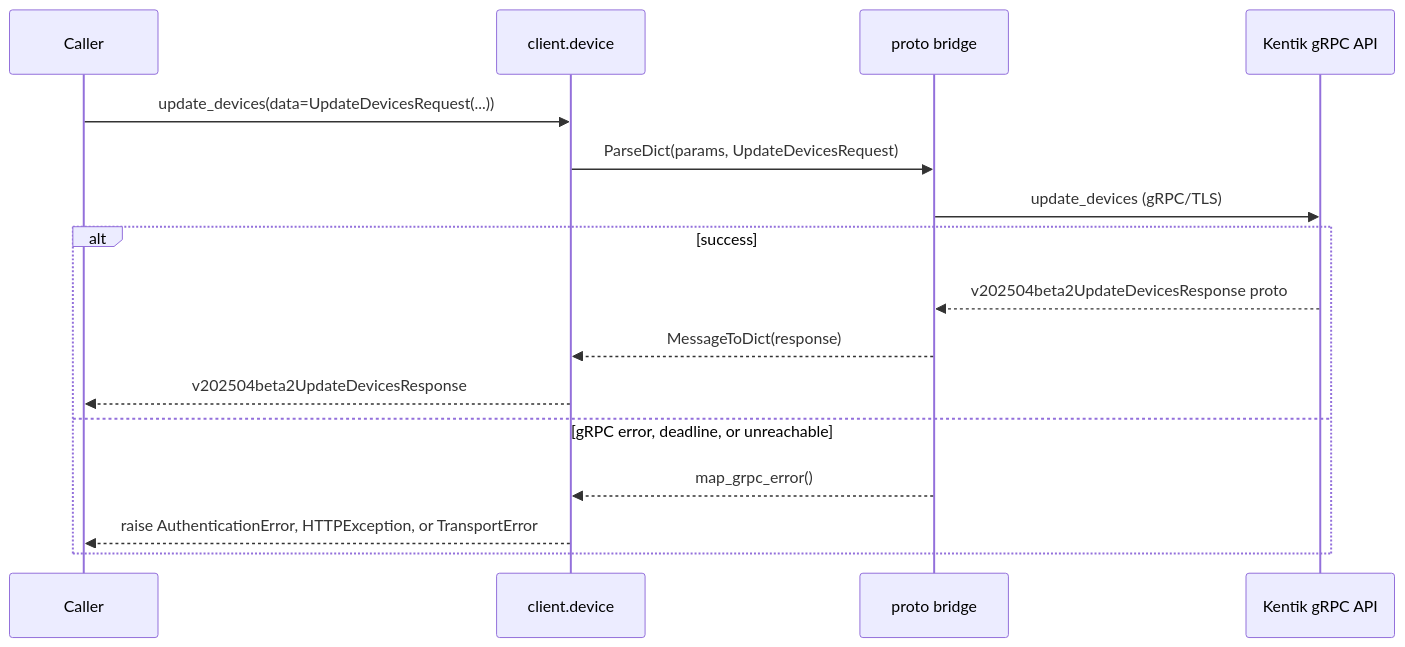
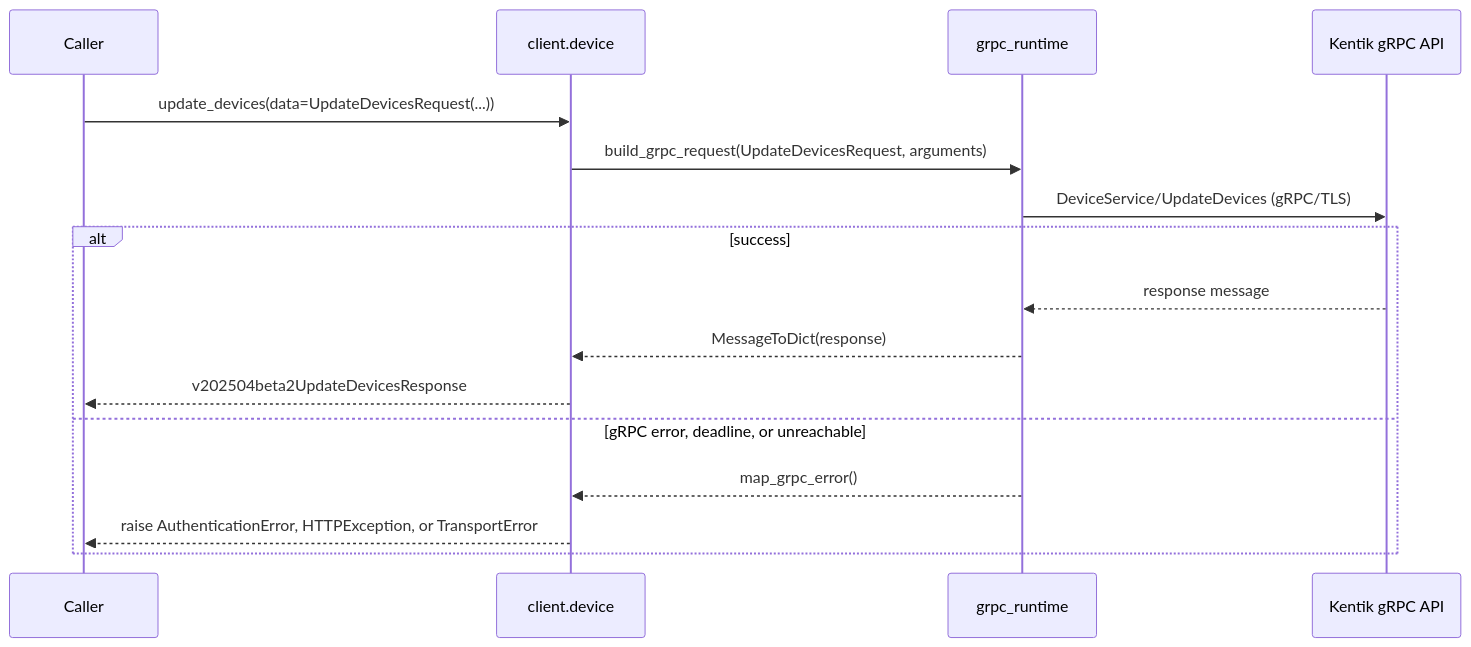
Diagram 11 of 22 in docs/sphinx/services/device.md (alexdearaujo/community_sdk_python), drawn with Mermaid before and after one commit. The commit also changed other lines of this file and 37 other files, not shown here.

First line of the commit message:
docs: show the real RPC in each service page's gRPC diagram

````diff
--- a/docs/sphinx/services/device.md
+++ b/docs/sphinx/services/device.md
@@ -362,19 +362,19 @@
 ```mermaid
 sequenceDiagram
     participant C as Caller
     participant W as client.device
-    participant B as proto bridge
+    participant R as grpc_runtime
     participant API as Kentik gRPC API
 
     C->>W: update_devices(data=UpdateDevicesRequest(...))
-    W->>B: ParseDict(params, UpdateDevicesRequest)
-    B->>API: update_devices (gRPC/TLS)
+    W->>R: build_grpc_request(UpdateDevicesRequest, arguments)
+    R->>API: DeviceService/UpdateDevices (gRPC/TLS)
     alt success
-        API-->>B: v202504beta2UpdateDevicesResponse proto
-        B-->>W: MessageToDict(response)
+        API-->>R: response message
+        R-->>W: MessageToDict(response)
         W-->>C: v202504beta2UpdateDevicesResponse
     else gRPC error, deadline, or unreachable
-        B-->>W: map_grpc_error()
+        R-->>W: map_grpc_error()
         W-->>C: raise AuthenticationError, HTTPException, or TransportError
     end
 ```
````
